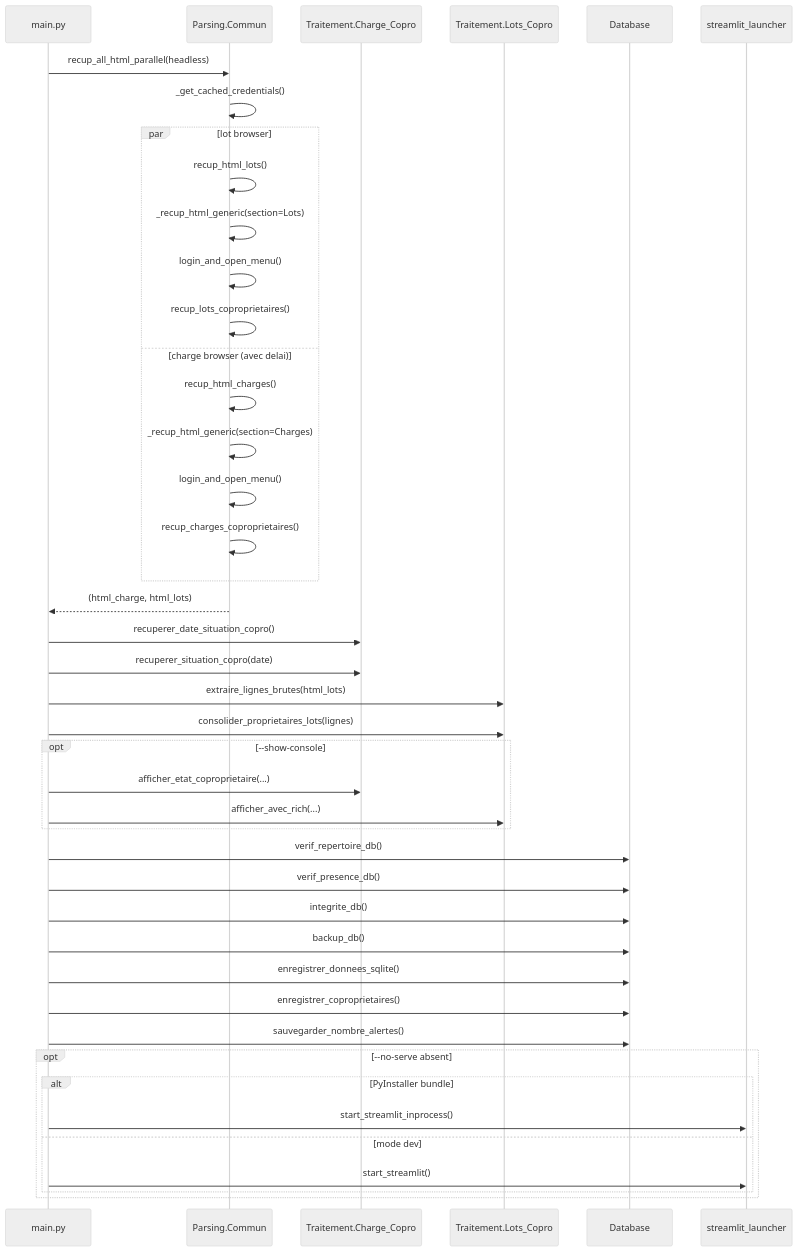
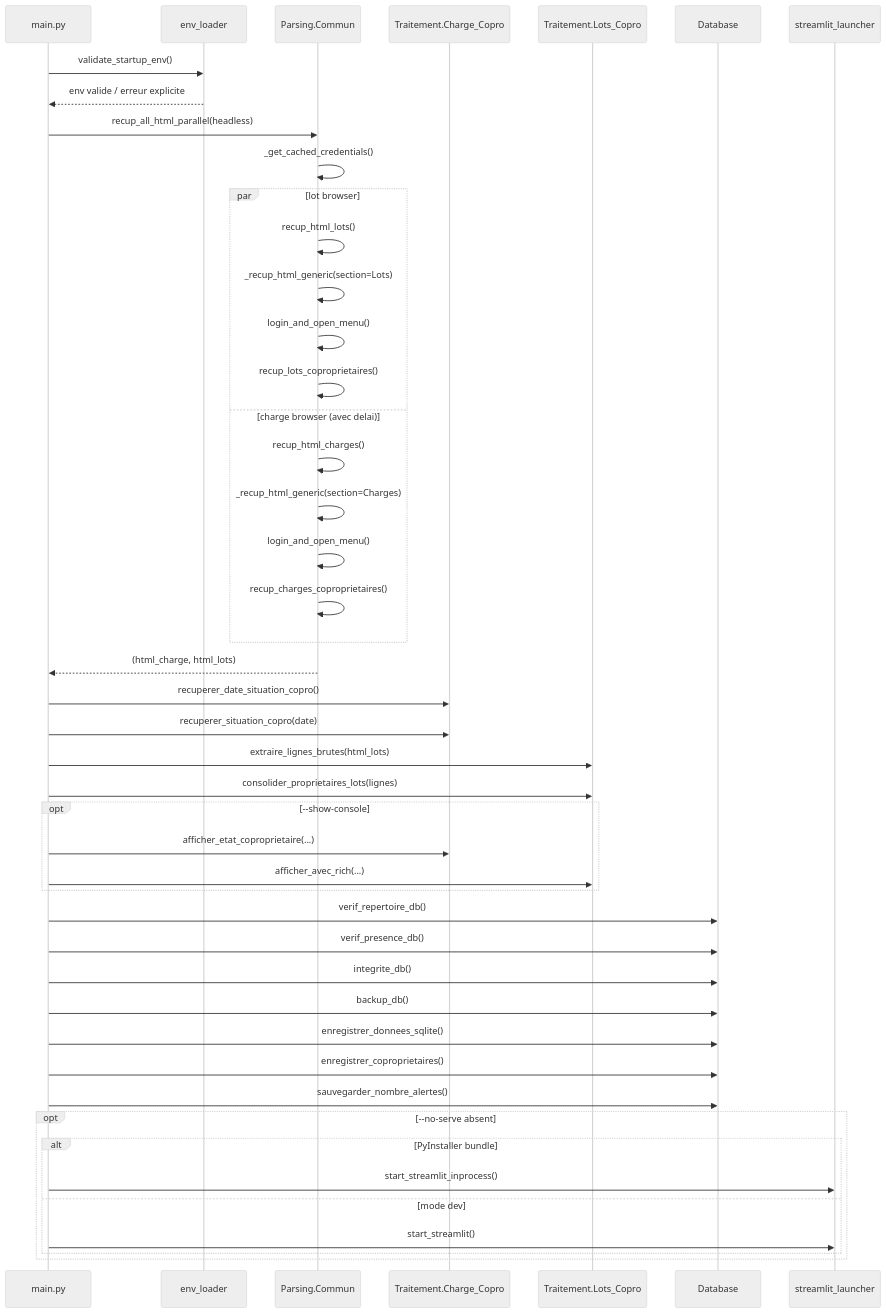
The second of 3 diagrams in reports/call_graph.md (therealcorwin/CPTCOPRO), drawn with Mermaid (neutral theme) before and after one commit. The commit also changed other lines of this file and 14 other files, not shown here.

````diff
--- a/reports/call_graph.md
+++ b/reports/call_graph.md
@@ -84,52 +90,56 @@
 ```mermaid
 sequenceDiagram
     participant M as main.py
+    participant E as env_loader
     participant P as Parsing.Commun
     participant TC as Traitement.Charge_Copro
     participant TL as Traitement.Lots_Copro
     participant DB as Database
     participant SL as streamlit_launcher
+
+    M->>E: validate_startup_env()
+    E-->>M: env valide / erreur explicite
 
     M->>P: recup_all_html_parallel(headless)
     P->>P: _get_cached_credentials()
 
     par lot browser
         P->>P: recup_html_lots()
         P->>P: _recup_html_generic(section=Lots)
         P->>P: login_and_open_menu()
         P->>P: recup_lots_coproprietaires()
     and charge browser (avec delai)
         P->>P: recup_html_charges()
         P->>P: _recup_html_generic(section=Charges)
         P->>P: login_and_open_menu()
         P->>P: recup_charges_coproprietaires()
     end
 
     P-->>M: (html_charge, html_lots)
 
     M->>TC: recuperer_date_situation_copro()
     M->>TC: recuperer_situation_copro(date)
     M->>TL: extraire_lignes_brutes(html_lots)
     M->>TL: consolider_proprietaires_lots(lignes)
 
     opt --show-console
         M->>TC: afficher_etat_coproprietaire(...)
         M->>TL: afficher_avec_rich(...)
     end
 
     M->>DB: verif_repertoire_db()
     M->>DB: verif_presence_db()
     M->>DB: integrite_db()
     M->>DB: backup_db()
     M->>DB: enregistrer_donnees_sqlite()
     M->>DB: enregistrer_coproprietaires()
     M->>DB: sauvegarder_nombre_alertes()
 
     opt --no-serve absent
         alt PyInstaller bundle
             M->>SL: start_streamlit_inprocess()
         else mode dev
             M->>SL: start_streamlit()
         end
     end
 ```
````
